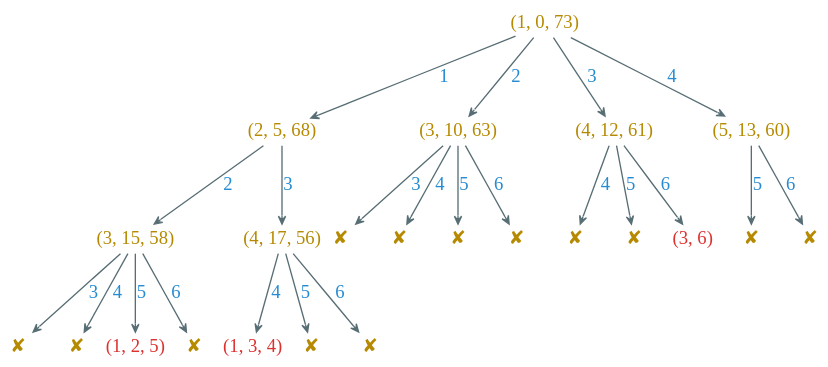
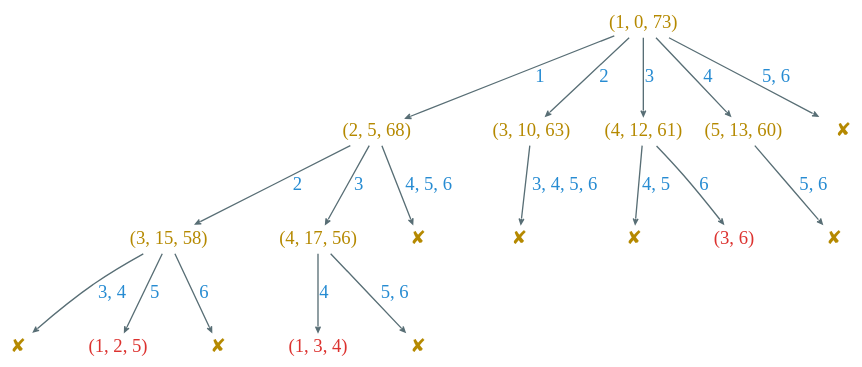
One commit to Avanti1980/course-alg changed the diagram in dot/subset-sum-example-var-len.dot. Above: the diagram before and after it, drawn with Graphviz. The commit also changed 2 other files, not shown here.

```diff
--- a/dot/subset-sum-example-var-len.dot
+++ b/dot/subset-sum-example-var-len.dot
@@ -1,74 +1,68 @@
 digraph g {
     bgcolor=transparent
     rankdir=TB
-    graph [nodesep=0.01, ranksep=0.6]
-    node [shape=plaintext, color="#586e75", fixedsize=true, width=0.6, height=0.3, fontcolor="#b58900", fontsize=14, fontname="LXGWWenKai"]
-    edge [arrowhead=vee, color="#586e75", fontcolor="#268bd2", fontsize=14, fontname="LXGWWenKai", arrowsize=0.6]
+    graph [nodesep=0.45,  ranksep=0.6]
+    node [shape=plaintext,  color="#586e75",  fixedsize=true,  width=0.6,  height=0.3,  fontcolor="#b58900",  fontsize=14,  fontname="LXGWWenKai"]
+    edge [arrowhead=vee,  color="#586e75",  fontcolor="#268bd2",  fontsize=14,  fontname="LXGWWenKai",  arrowsize=0.4]
 
     "(1, 0, 73)" -> "(2, 5, 68)" [label=1]
     "(2, 5, 68)" -> "(3, 15, 58)" [label=2]
 
     n1 [label=✘]
-    n2 [label=✘]
     
-    "(3, 15, 58)" -> n1 [label=3]
-    "(3, 15, 58)" -> n2 [label=4]
+    "(3, 15, 58)" -> n1 [label="3, 4"]
 
     node [fontcolor="#dc322f"]
 
     "(3, 15, 58)" -> "(1, 2, 5)" [label=5]
 
     node [fontcolor="#b58900"]
 
     n3 [label=✘]
 
     "(3, 15, 58)" -> n3 [label=6]
 
     "(2, 5, 68)" -> "(4, 17, 56)" [label=3]
 
+    n14 [label=✘]
+
+    "(2, 5, 68)" -> n14 [label="4, 5, 6"]
+
     node [fontcolor="#dc322f"]
 
     "(4, 17, 56)" -> "(1, 3, 4)" [label=4]
 
     node [fontcolor="#b58900"]
 
     n4 [label=✘]
-    n5 [label=✘]
 
-    "(4, 17, 56)" -> n4 [label=5]
-    "(4, 17, 56)" -> n5 [label=6]
+    "(4, 17, 56)" -> n4 [label="5, 6"]
 
     "(1, 0, 73)" -> "(3, 10, 63)" [label=2]
 
     n6 [label=✘]
-    n7 [label=✘]
-    n8 [label=✘]
-    n9 [label=✘]
 
-    "(3, 10, 63)" -> n6 [label=3]
-    "(3, 10, 63)" -> n7 [label=4]
-    "(3, 10, 63)" -> n8 [label=5]
-    "(3, 10, 63)" -> n9 [label=6]
+    "(3, 10, 63)" -> n6 [label="3, 4, 5, 6"]
 
     "(1, 0, 73)" -> "(4, 12, 61)" [label=3]
 
     n10 [label=✘]
-    n11 [label=✘]
 
-    "(4, 12, 61)" -> n10 [label=4]
-    "(4, 12, 61)" -> n11 [label=5]
+    "(4, 12, 61)" -> n10 [label="4, 5"]
 
     node [fontcolor="#dc322f"]
 
     "(4, 12, 61)" -> "(3, 6)" [label=6]
 
     node [fontcolor="#b58900"]
 
     "(1, 0, 73)" -> "(5, 13, 60)" [label=4]
 
     n12 [label=✘]
-    n13 [label=✘]
 
-    "(5, 13, 60)" -> n12 [label=5]
-    "(5, 13, 60)" -> n13 [label=6]
+    "(5, 13, 60)" -> n12 [label="5, 6"]
+
+    n17 [label=✘]
+
+    "(1, 0, 73)" -> n17 [label="5, 6"]
 }
```
